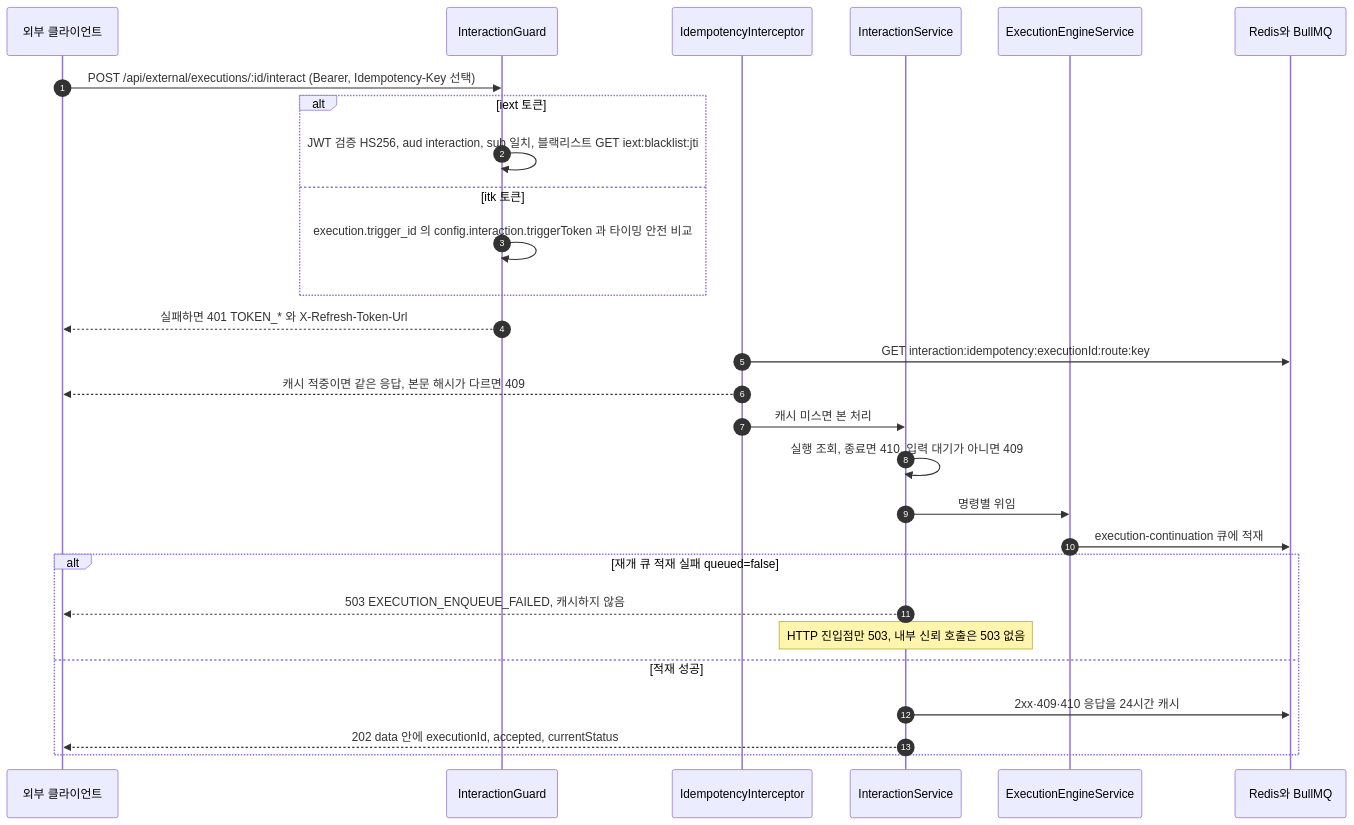
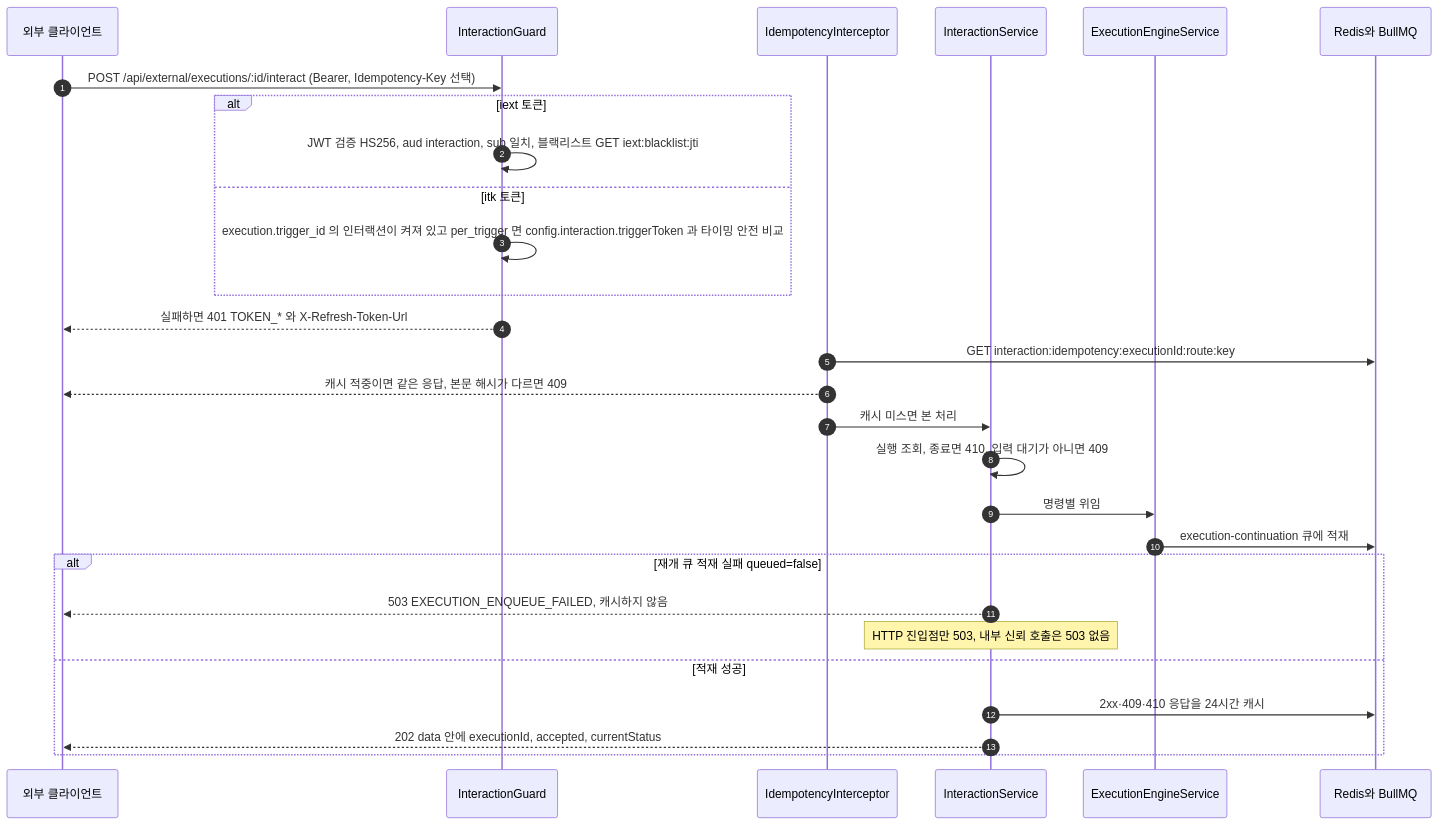
Before and after one commit to worker-ants/clemvion: the second of 7 diagrams in spec/CLE-IX/CLE-EIA-DATA.md, drawn with Mermaid. The commit also changed other lines of this file and 32 other files, not shown here.

````diff
--- a/spec/CLE-IX/CLE-EIA-DATA.md
+++ b/spec/CLE-IX/CLE-EIA-DATA.md
@@ -162,31 +162,31 @@
 ```mermaid
 sequenceDiagram
   autonumber
   participant Ext as 외부 클라이언트
   participant G as InteractionGuard
   participant Idem as IdempotencyInterceptor
   participant Svc as InteractionService
   participant Eng as ExecutionEngineService
   participant Q as Redis와 BullMQ
 
   Ext->>G: POST /api/external/executions/:id/interact (Bearer, Idempotency-Key 선택)
   alt iext 토큰
     G->>G: JWT 검증 HS256, aud interaction, sub 일치, 블랙리스트 GET iext:blacklist:jti
   else itk 토큰
-    G->>G: execution.trigger_id 의 config.interaction.triggerToken 과 타이밍 안전 비교
+    G->>G: execution.trigger_id 의 인터랙션이 켜져 있고 per_trigger 면 config.interaction.triggerToken 과 타이밍 안전 비교
   end
   G-->>Ext: 실패하면 401 TOKEN_* 와 X-Refresh-Token-Url
   Idem->>Q: GET interaction:idempotency:executionId:route:key
   Idem-->>Ext: 캐시 적중이면 같은 응답, 본문 해시가 다르면 409
   Idem->>Svc: 캐시 미스면 본 처리
   Svc->>Svc: 실행 조회, 종료면 410, 입력 대기가 아니면 409
   Svc->>Eng: 명령별 위임
   Eng->>Q: execution-continuation 큐에 적재
   alt 재개 큐 적재 실패 queued=false
     Svc-->>Ext: 503 EXECUTION_ENQUEUE_FAILED, 캐시하지 않음
     Note over Svc: HTTP 진입점만 503, 내부 신뢰 호출은 503 없음
   else 적재 성공
     Svc->>Q: 2xx·409·410 응답을 24시간 캐시
     Svc-->>Ext: 202 data 안에 executionId, accepted, currentStatus
   end
 ```
````
